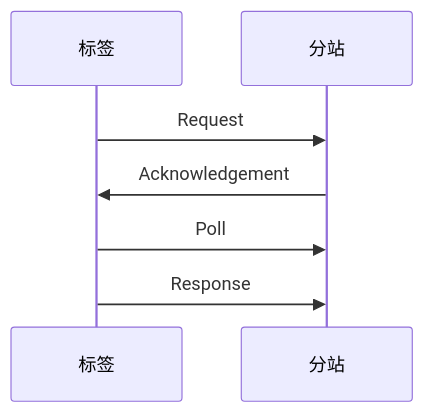
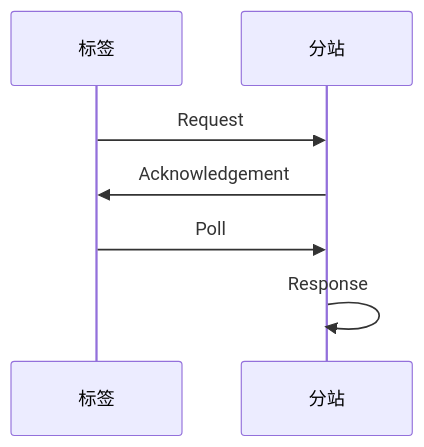
Before and after one commit to geek-zhao/iodraw-files: the diagram in all/未命名.md, drawn with Mermaid.

Commit message:
2024-08-17 13:55:30 update

````diff
--- a/all/未命名.md
+++ b/all/未命名.md
@@ -1,8 +1,8 @@
 ```mermaid
 sequenceDiagram
     标签->>分站: Request
     分站->>标签: Acknowledgement
     标签->>分站: Poll
-    标签->>分站:  Response
+    分站->>分站:  Response
             
 ```
````
